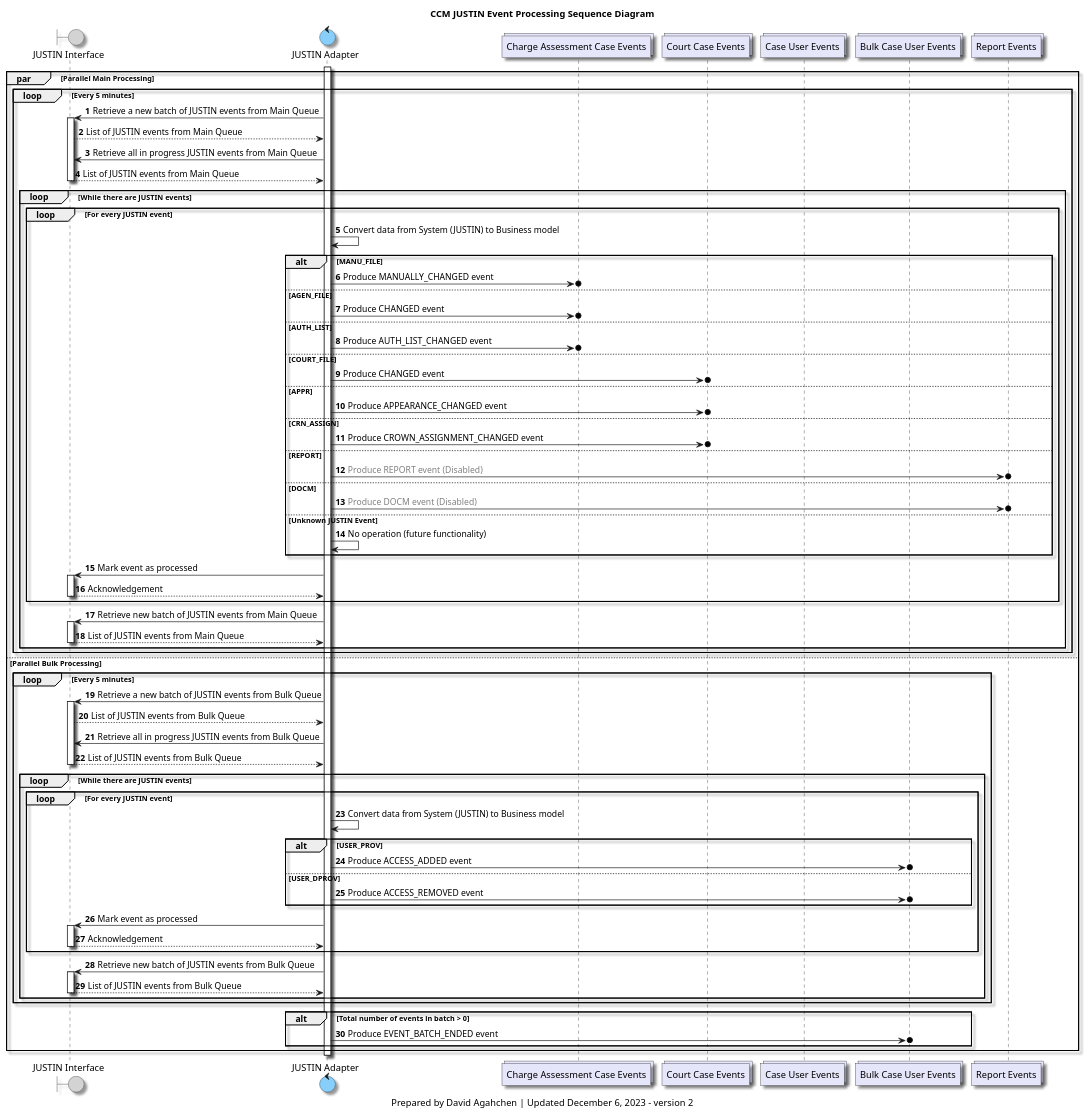
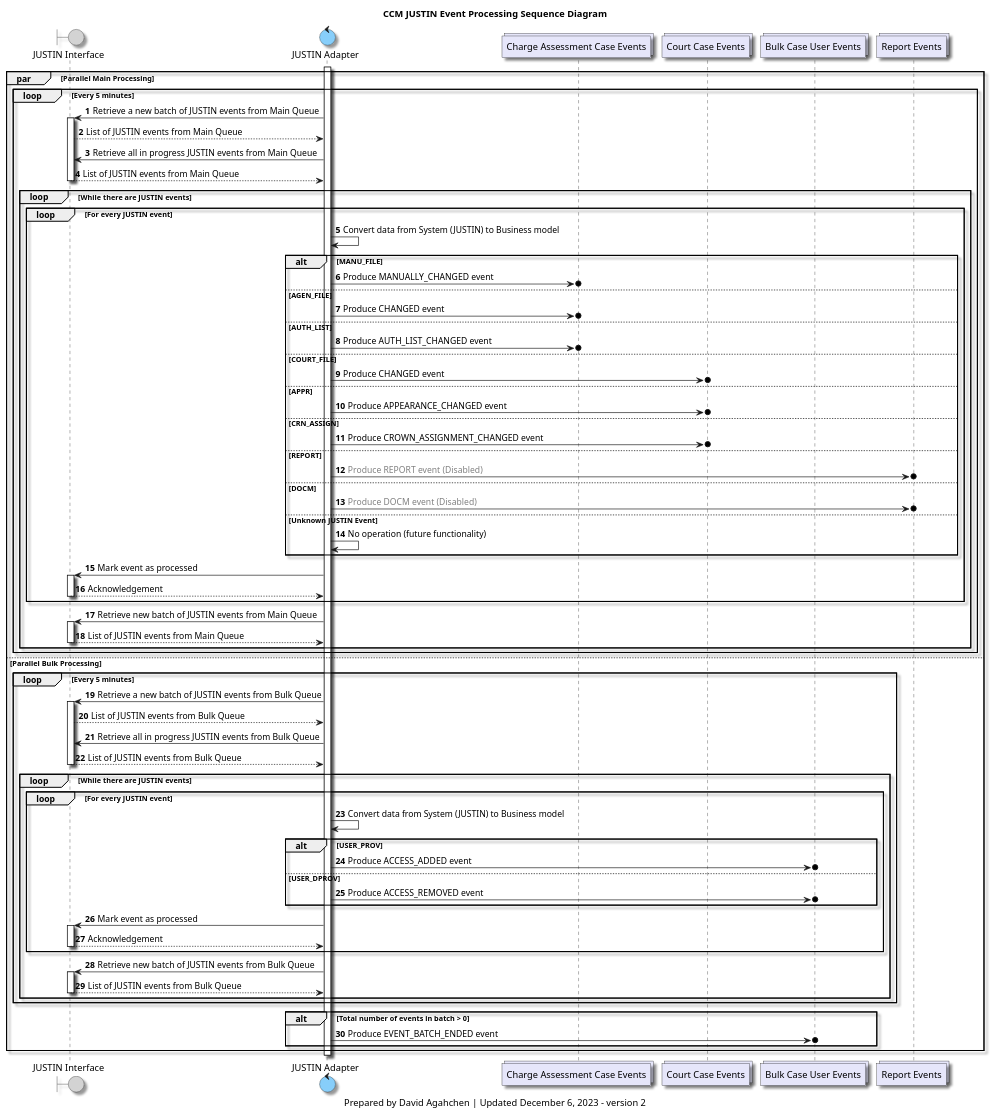
The diagram in diagrams/ccm_justin_event_processing_sequence_diagram.plantuml (bcgov/jpss-jade-ccm), drawn with PlantUML before and after one commit. The commit also changed 1 other file, not shown here.

Commit message:
Remove "Case User Events" collection

```diff
--- a/diagrams/ccm_justin_event_processing_sequence_diagram.plantuml
+++ b/diagrams/ccm_justin_event_processing_sequence_diagram.plantuml
@@ -1,115 +1,114 @@
 @startuml
 'hide footbox
 
 skinparam Shadowing true
 skinparam CollectionsBackgroundColor Lavender
 skinparam ControlBackgroundColor LightSkyBlue
 skinparam BoundaryBackgroundColor LightGrey
 
 /' 
 Available colours
 https://plantuml-documentation.readthedocs.io/en/latest/formatting/color-names.html
 '/
 
 boundary j_interface as "JUSTIN Interface"
 control j_adapter as "JUSTIN Adapter"
 collections charge_assessment_cases_topic as "Charge Assessment Case Events"
 collections court_cases_topic as "Court Case Events"
-collections case_users_topic as "Case User Events"
 collections bulk_case_users_topic as "Bulk Case User Events"
 collections reports_topic as "Report Events"
 
 title
 CCM JUSTIN Event Processing Sequence Diagram
 end title
 
 autonumber
 
 activate j_adapter
 
 par Parallel Main Processing
 
     loop Every 5 minutes
         j_adapter-> j_interface: Retrieve a new batch of JUSTIN events from Main Queue
         activate j_interface
         j_interface --> j_adapter: List of JUSTIN events from Main Queue
         j_adapter-> j_interface: Retrieve all in progress JUSTIN events from Main Queue
         j_interface --> j_adapter: List of JUSTIN events from Main Queue
         deactivate j_interface
 
         loop While there are JUSTIN events
             loop For every JUSTIN event
                 j_adapter -> j_adapter: Convert data from System (JUSTIN) to Business model
                 alt MANU_FILE
                     j_adapter ->o charge_assessment_cases_topic: Produce MANUALLY_CHANGED event
                 else AGEN_FILE
                     j_adapter ->o charge_assessment_cases_topic: Produce CHANGED event
                 else AUTH_LIST
                     j_adapter ->o charge_assessment_cases_topic: Produce AUTH_LIST_CHANGED event
                 else COURT_FILE
                     j_adapter ->o court_cases_topic: Produce CHANGED event
                 else APPR
                     j_adapter ->o court_cases_topic: Produce APPEARANCE_CHANGED event
                 else CRN_ASSIGN
                     j_adapter ->o court_cases_topic: Produce CROWN_ASSIGNMENT_CHANGED event
                 else REPORT
                     j_adapter ->o reports_topic: <font color=grey>Produce REPORT event (Disabled)</font>
                 else DOCM
                     j_adapter ->o reports_topic: <font color=grey>Produce DOCM event (Disabled)</font>
                 else Unknown JUSTIN Event
                     j_adapter -> j_adapter: No operation (future functionality)
                 end
                 j_adapter -> j_interface: Mark event as processed
                 activate j_interface
                 j_interface --> j_adapter: Acknowledgement
                 deactivate j_interface
             end
 
             j_adapter-> j_interface: Retrieve new batch of JUSTIN events from Main Queue
             activate j_interface
             j_interface --> j_adapter: List of JUSTIN events from Main Queue
             deactivate j_interface
         end
     end
 
 else Parallel Bulk Processing
 
     loop Every 5 minutes
         j_adapter-> j_interface: Retrieve a new batch of JUSTIN events from Bulk Queue
         activate j_interface
         j_interface --> j_adapter: List of JUSTIN events from Bulk Queue
         j_adapter-> j_interface: Retrieve all in progress JUSTIN events from Bulk Queue
         j_interface --> j_adapter: List of JUSTIN events from Bulk Queue
         deactivate j_interface
 
         loop While there are JUSTIN events
             loop For every JUSTIN event
                 j_adapter -> j_adapter: Convert data from System (JUSTIN) to Business model
                 alt USER_PROV
                     j_adapter ->o bulk_case_users_topic: Produce ACCESS_ADDED event
                 else USER_DPROV
                     j_adapter ->o bulk_case_users_topic: Produce ACCESS_REMOVED event
                 end
                 j_adapter -> j_interface: Mark event as processed
                 activate j_interface
                 j_interface --> j_adapter: Acknowledgement
                 deactivate j_interface
             end
 
             j_adapter-> j_interface: Retrieve new batch of JUSTIN events from Bulk Queue
             activate j_interface
             j_interface --> j_adapter: List of JUSTIN events from Bulk Queue
             deactivate j_interface
         end
     end
 
     alt Total number of events in batch > 0
         j_adapter ->o bulk_case_users_topic : Produce EVENT_BATCH_ENDED event
     end
 end
 deactivate j_adapter
 
 caption
 Prepared by David Agahchen | Updated December 6, 2023 - version 2
 end caption
 @enduml
```
